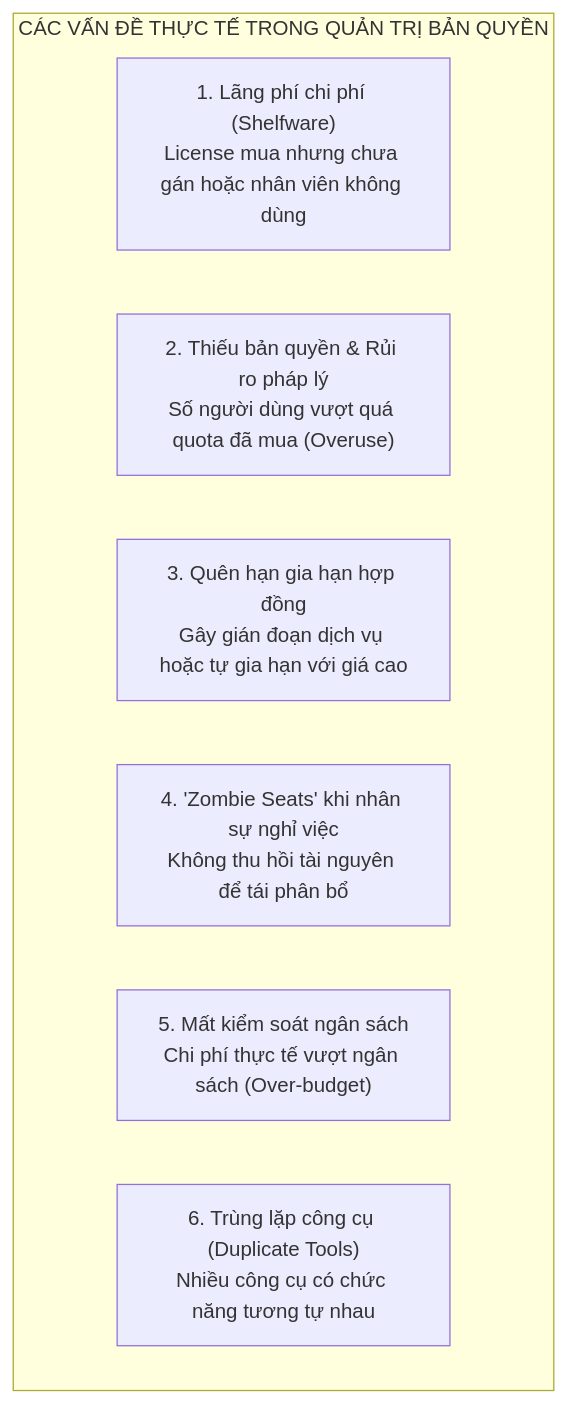
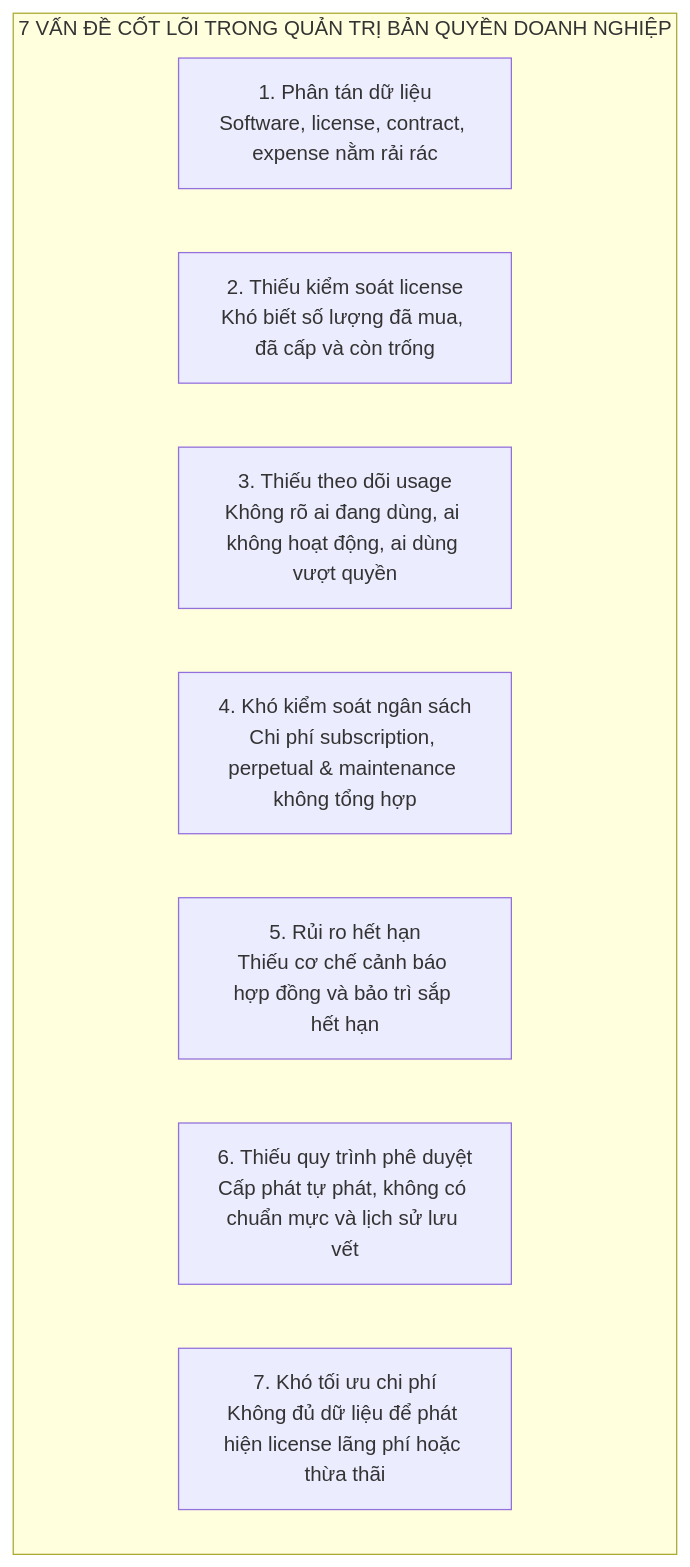
One commit to cuonglpv/VFast changed the first of 3 diagrams in README.md. Above: the diagram before and after it, drawn with Mermaid. The commit also changed other lines of this file and 3 other files, not shown here.

````diff
--- a/README.md
+++ b/README.md
@@ -24,11 +35,12 @@
 ```mermaid
 flowchart TD
-    subgraph Problems["CÁC VẤN ĐỀ THỰC TẾ TRONG QUẢN TRỊ BẢN QUYỀN"]
-        P1["1. Lãng phí chi phí (Shelfware)<br/>License mua nhưng chưa gán hoặc nhân viên không dùng"]
-        P2["2. Thiếu bản quyền & Rủi ro pháp lý<br/>Số người dùng vượt quá quota đã mua (Overuse)"]
-        P3["3. Quên hạn gia hạn hợp đồng<br/>Gây gián đoạn dịch vụ hoặc tự gia hạn với giá cao"]
-        P4["4. 'Zombie Seats' khi nhân sự nghỉ việc<br/>Không thu hồi tài nguyên để tái phân bổ"]
-        P5["5. Mất kiểm soát ngân sách<br/>Chi phí thực tế vượt ngân sách (Over-budget)"]
-        P6["6. Trùng lặp công cụ (Duplicate Tools)<br/>Nhiều công cụ có chức năng tương tự nhau"]
+    subgraph Problems["7 VẤN ĐỀ CỐT LÕI TRONG QUẢN TRỊ BẢN QUYỀN DOANH NGHIỆP"]
+        P1["1. Phân tán dữ liệu<br/>Software, license, contract, expense nằm rải rác"]
+        P2["2. Thiếu kiểm soát license<br/>Khó biết số lượng đã mua, đã cấp và còn trống"]
+        P3["3. Thiếu theo dõi usage<br/>Không rõ ai đang dùng, ai không hoạt động, ai dùng vượt quyền"]
+        P4["4. Khó kiểm soát ngân sách<br/>Chi phí subscription, perpetual & maintenance không tổng hợp"]
+        P5["5. Rủi ro hết hạn<br/>Thiếu cơ chế cảnh báo hợp đồng và bảo trì sắp hết hạn"]
+        P6["6. Thiếu quy trình phê duyệt<br/>Cấp phát tự phát, không có chuẩn mực và lịch sử lưu vết"]
+        P7["7. Khó tối ưu chi phí<br/>Không đủ dữ liệu để phát hiện license lãng phí hoặc thừa thãi"]
     end
 ```
````
